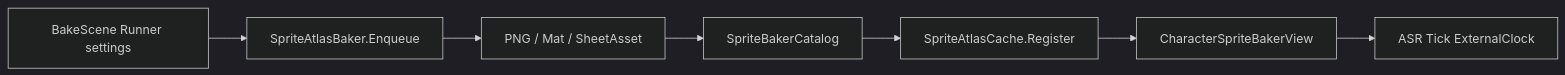
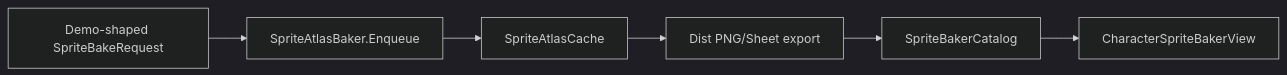
Before and after one commit to garunnir/Project_Pictureless: the diagram in docs/spritebaker/SPRITEBAKER.md, drawn with Mermaid (dark theme). The commit also changed other lines of this file and 32 other files, not shown here.

First line of the commit message:
SpriteBaker: add controller + Dist export support

````diff
--- a/docs/spritebaker/SPRITEBAKER.md
+++ b/docs/spritebaker/SPRITEBAKER.md
@@ -18,9 +18,8 @@
 ```mermaid
 flowchart LR
-    BakeScene["BakeScene Runner settings"] --> Enqueue["SpriteAtlasBaker.Enqueue"]
-    Enqueue --> Export["PNG / Mat / SheetAsset"]
-    Export --> Catalog["SpriteBakerCatalog"]
-    Catalog --> Register["SpriteAtlasCache.Register"]
-    Register --> View["CharacterSpriteBakerView"]
-    View --> ASR["ASR Tick ExternalClock"]
+  DemoFields["Demo-shaped SpriteBakeRequest"] --> Enqueue["SpriteAtlasBaker.Enqueue"]
+  Enqueue --> Cache["SpriteAtlasCache"]
+  Cache --> Export["Dist PNG/Sheet export"]
+  Export --> Catalog["SpriteBakerCatalog"]
+  Catalog --> View["CharacterSpriteBakerView"]
 ```
````
